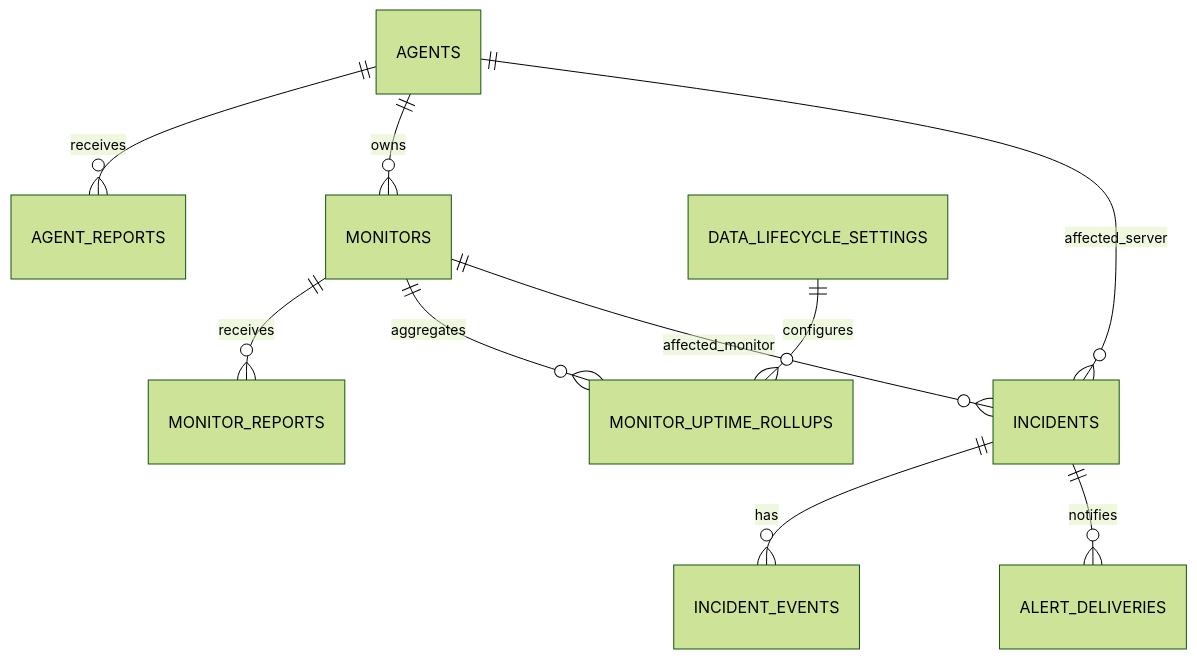
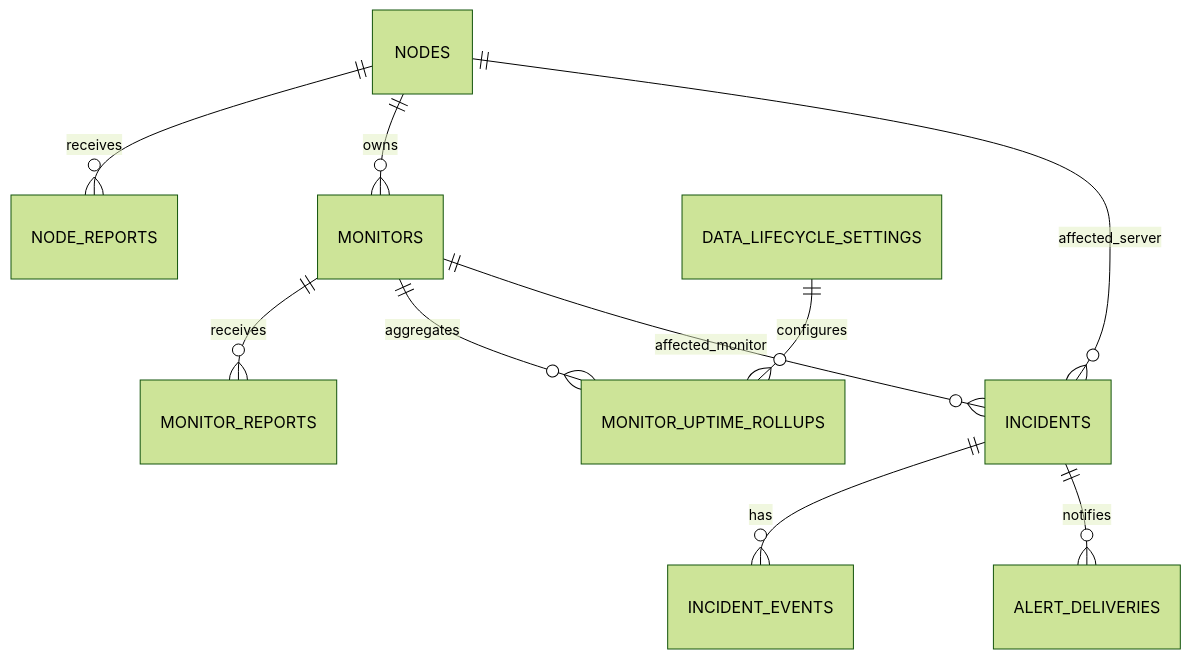
One commit to sunday-studio/orion changed the first of 6 diagrams in docs/architecture/persistence-and-lifecycle.md. Above: the diagram before and after it, drawn with Mermaid (forest theme). The commit also changed other lines of this file and 815 other files, not shown here.

First line of the commit message:
refactor(repo): rename agent to node, mechanical part

````diff
--- a/docs/architecture/persistence-and-lifecycle.md
+++ b/docs/architecture/persistence-and-lifecycle.md
@@ -9,12 +9,12 @@
 ```mermaid
 erDiagram
-  AGENTS ||--o{ AGENT_REPORTS : receives
-  AGENTS ||--o{ MONITORS : owns
+  NODES ||--o{ NODE_REPORTS : receives
+  NODES ||--o{ MONITORS : owns
   MONITORS ||--o{ MONITOR_REPORTS : receives
   MONITORS ||--o{ MONITOR_UPTIME_ROLLUPS : aggregates
-  AGENTS ||--o{ INCIDENTS : affected_server
+  NODES ||--o{ INCIDENTS : affected_server
   MONITORS ||--o{ INCIDENTS : affected_monitor
   INCIDENTS ||--o{ INCIDENT_EVENTS : has
   INCIDENTS ||--o{ ALERT_DELIVERIES : notifies
   DATA_LIFECYCLE_SETTINGS ||--o{ MONITOR_UPTIME_ROLLUPS : configures
 ```
````
